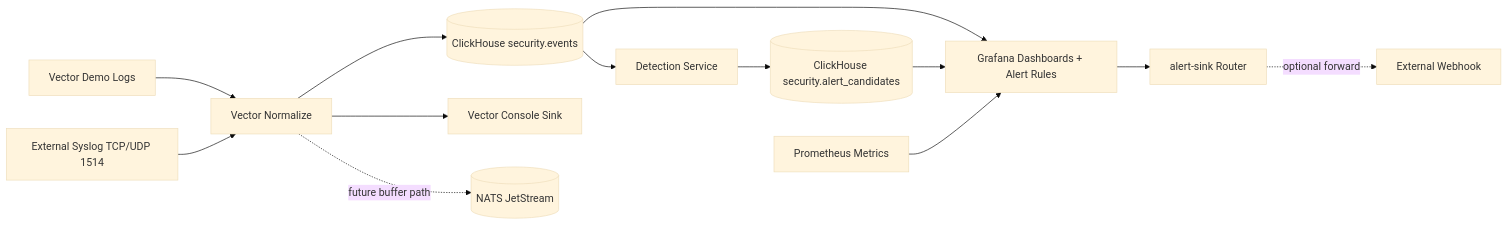
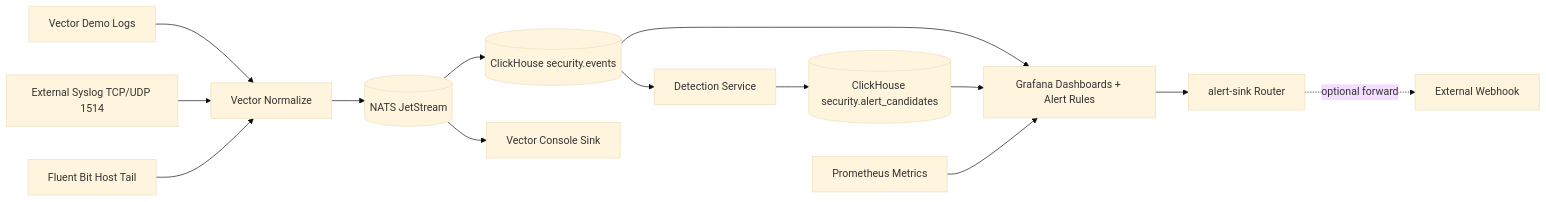
One commit to krazybean/Hayabusa changed the first of 2 diagrams in README.md. Above: the diagram before and after it, drawn with Mermaid (base theme). The commit also changed other lines of this file and 14 other files, not shown here.

Commit message:
feat: activate JetStream path and add Fluent Bit host collector baseline

````diff
--- a/README.md
+++ b/README.md
@@ -27,19 +27,20 @@
 ```mermaid
 flowchart LR
     DemoLogs[Vector Demo Logs] --> Vector[Vector Normalize]
     SyslogFeed[External Syslog TCP/UDP 1514] --> Vector
-    Vector --> Events[(ClickHouse security.events)]
-    Vector --> Console[Vector Console Sink]
+    FluentBit[Fluent Bit Host Tail] --> Vector
+    Vector --> Nats[(NATS JetStream)]
+    Nats --> Events[(ClickHouse security.events)]
+    Nats --> Console[Vector Console Sink]
 
     Events --> Detection[Detection Service]
     Detection --> Candidates[(ClickHouse security.alert_candidates)]
 
     Events --> Grafana[Grafana Dashboards + Alert Rules]
     Candidates --> Grafana
     Prometheus[Prometheus Metrics] --> Grafana
 
     Grafana --> AlertRouter[alert-sink Router]
     AlertRouter -. optional forward .-> ExternalWebhook[External Webhook]
 
-    Vector -. future buffer path .-> NATS[(NATS JetStream)]
 ```
````
